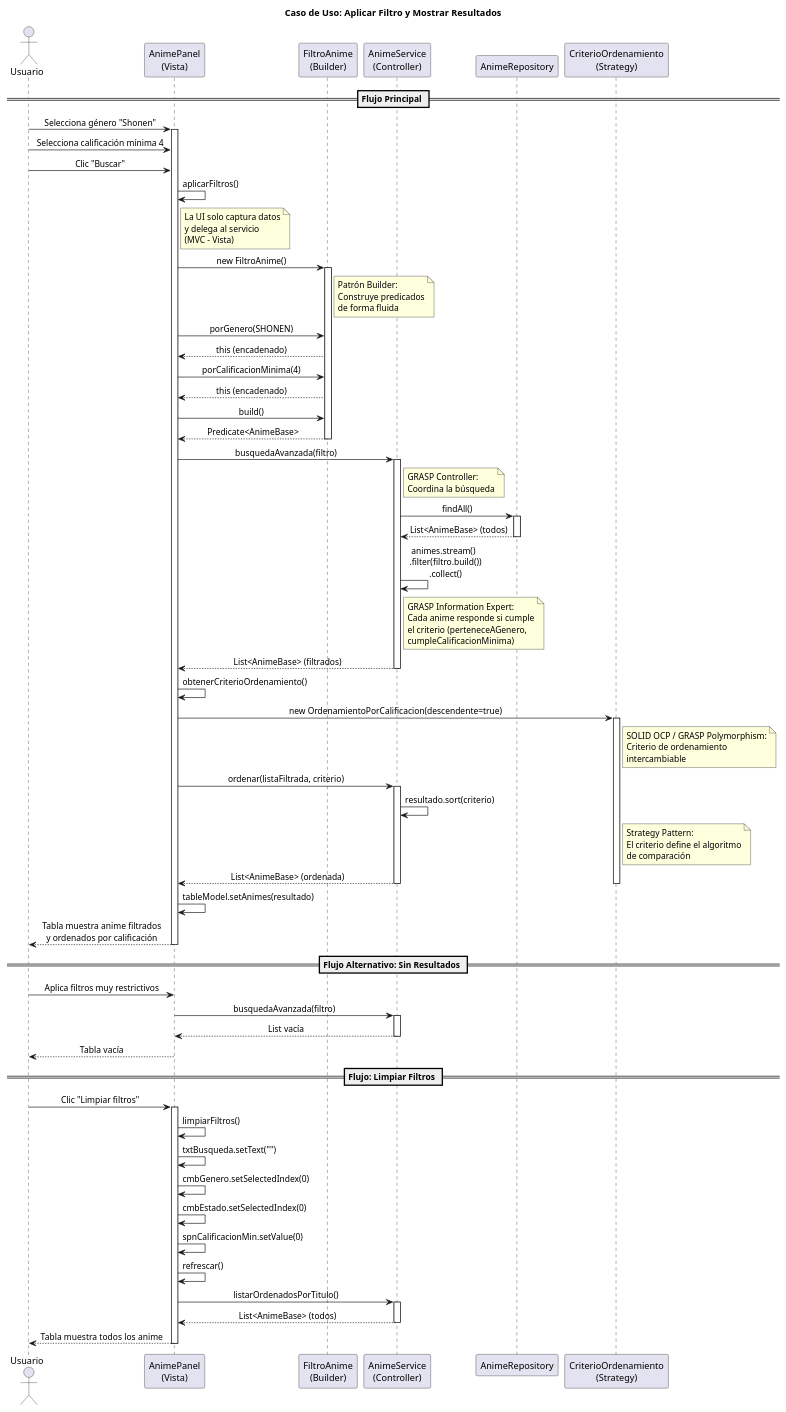
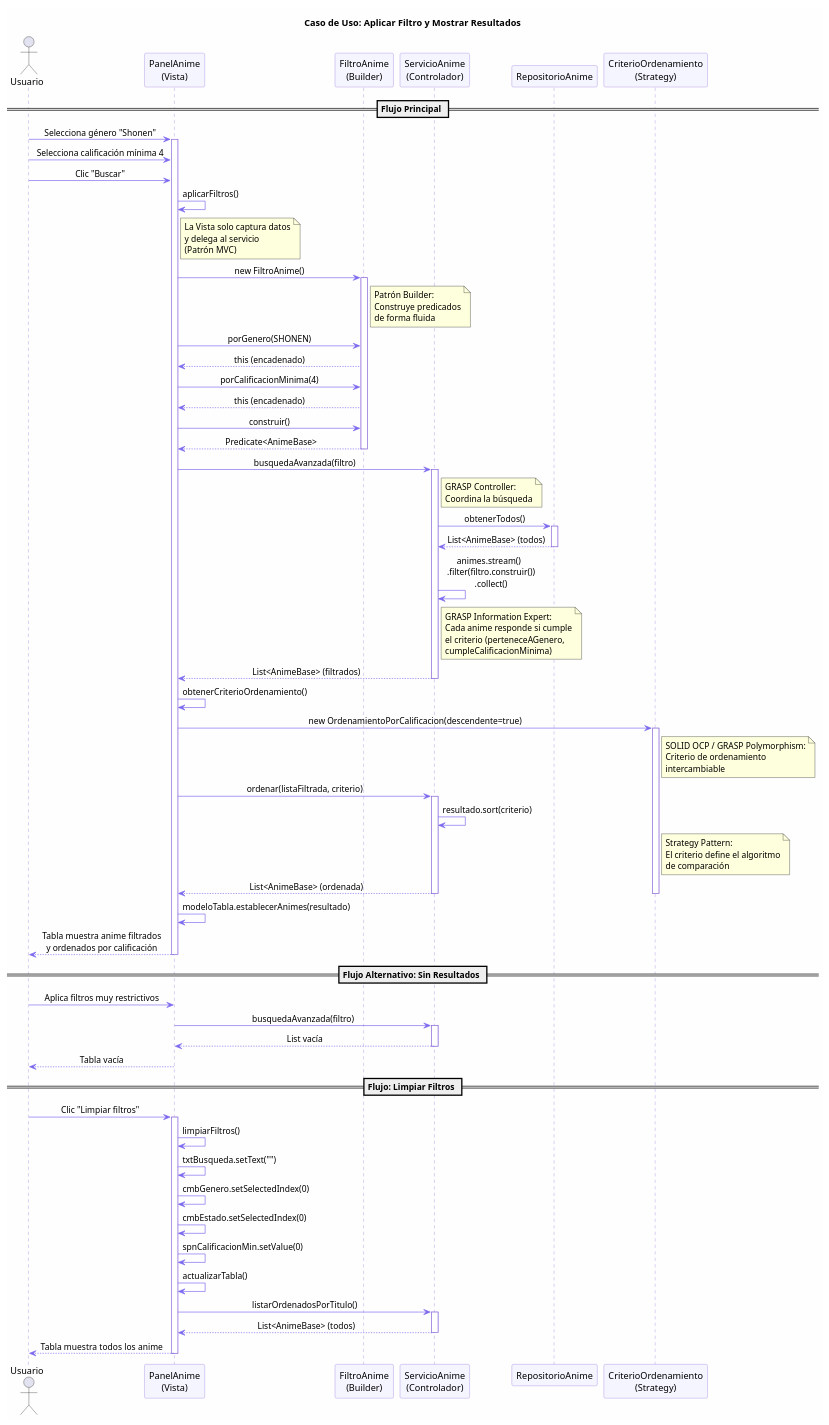
The second of 5 diagrams in docs/DIAGRAMAS_SECUENCIA.puml (tobiascriscuolo/clasificadorAnime), drawn with PlantUML before and after one commit. The commit also changed other lines of this file and 96 other files, not shown here.

First line of the commit message:
Refactoring completo a espaÃ±ol + iconos + selecciÃ³n mÃºltiple + diagramas UML

```diff
--- a/docs/DIAGRAMAS_SECUENCIA.puml
+++ b/docs/DIAGRAMAS_SECUENCIA.puml
@@ -132,135 +141,142 @@
 @startuml Aplicar_Filtro
 title Caso de Uso: Aplicar Filtro y Mostrar Resultados
 skinparam sequenceMessageAlign center
+skinparam backgroundColor #FEFEFE
+skinparam sequence {
+    ArrowColor #7B68EE
+    LifeLineBorderColor #9370DB
+    ParticipantBackgroundColor #F5F5FF
+    ParticipantBorderColor #9370DB
+}
 
 actor Usuario
-participant "AnimePanel\n(Vista)" as Panel
+participant "PanelAnime\n(Vista)" as Panel
 participant "FiltroAnime\n(Builder)" as Filtro
-participant "AnimeService\n(Controller)" as Service
-participant "AnimeRepository" as Repo
+participant "ServicioAnime\n(Controlador)" as Servicio
+participant "RepositorioAnime" as Repo
 participant "CriterioOrdenamiento\n(Strategy)" as Ordenamiento
 
 == Flujo Principal ==
 
 Usuario -> Panel: Selecciona género "Shonen"
 activate Panel
 
 Usuario -> Panel: Selecciona calificación mínima 4
 
 Usuario -> Panel: Clic "Buscar"
 
 Panel -> Panel: aplicarFiltros()
 
 note right of Panel
-  La UI solo captura datos
+  La Vista solo captura datos
   y delega al servicio
-  (MVC - Vista)
+  (Patrón MVC)
 end note
 
 Panel -> Filtro: new FiltroAnime()
 activate Filtro
 
 note right of Filtro
   Patrón Builder:
   Construye predicados
   de forma fluida
 end note
 
 Panel -> Filtro: porGenero(SHONEN)
 Filtro --> Panel: this (encadenado)
 
 Panel -> Filtro: porCalificacionMinima(4)
 Filtro --> Panel: this (encadenado)
 
-Panel -> Filtro: build()
+Panel -> Filtro: construir()
 Filtro --> Panel: Predicate<AnimeBase>
 deactivate Filtro
 
-Panel -> Service: busquedaAvanzada(filtro)
-activate Service
+Panel -> Servicio: busquedaAvanzada(filtro)
+activate Servicio
 
-note right of Service
+note right of Servicio
   GRASP Controller:
   Coordina la búsqueda
 end note
 
-Service -> Repo: findAll()
+Servicio -> Repo: obtenerTodos()
 activate Repo
-Repo --> Service: List<AnimeBase> (todos)
+Repo --> Servicio: List<AnimeBase> (todos)
 deactivate Repo
 
-Service -> Service: animes.stream()\n  .filter(filtro.build())\n  .collect()
+Servicio -> Servicio: animes.stream()\n  .filter(filtro.construir())\n  .collect()
 
-note right of Service
+note right of Servicio
   GRASP Information Expert:
   Cada anime responde si cumple
   el criterio (perteneceAGenero,
   cumpleCalificacionMinima)
 end note
 
-Service --> Panel: List<AnimeBase> (filtrados)
-deactivate Service
+Servicio --> Panel: List<AnimeBase> (filtrados)
+deactivate Servicio
 
 Panel -> Panel: obtenerCriterioOrdenamiento()
 
 Panel -> Ordenamiento: new OrdenamientoPorCalificacion(descendente=true)
 activate Ordenamiento
 
 note right of Ordenamiento
   SOLID OCP / GRASP Polymorphism:
   Criterio de ordenamiento
   intercambiable
 end note
 
-Panel -> Service: ordenar(listaFiltrada, criterio)
-activate Service
+Panel -> Servicio: ordenar(listaFiltrada, criterio)
+activate Servicio
 
-Service -> Service: resultado.sort(criterio)
+Servicio -> Servicio: resultado.sort(criterio)
 
 note right of Ordenamiento
   Strategy Pattern:
   El criterio define el algoritmo
   de comparación
 end note
 
-Service --> Panel: List<AnimeBase> (ordenada)
-deactivate Service
+Servicio --> Panel: List<AnimeBase> (ordenada)
+deactivate Servicio
 deactivate Ordenamiento
 
-Panel -> Panel: tableModel.setAnimes(resultado)
+Panel -> Panel: modeloTabla.establecerAnimes(resultado)
 
 Panel --> Usuario: Tabla muestra anime filtrados\ny ordenados por calificación
 
 deactivate Panel
 
 == Flujo Alternativo: Sin Resultados ==
 
 Usuario -> Panel: Aplica filtros muy restrictivos
-Panel -> Service: busquedaAvanzada(filtro)
-activate Service
-Service --> Panel: List vacía
-deactivate Service
+Panel -> Servicio: busquedaAvanzada(filtro)
+activate Servicio
+Servicio --> Panel: List vacía
+deactivate Servicio
 Panel --> Usuario: Tabla vacía
 
 == Flujo: Limpiar Filtros ==
 
 Usuario -> Panel: Clic "Limpiar filtros"
 activate Panel
 
 Panel -> Panel: limpiarFiltros()
 Panel -> Panel: txtBusqueda.setText("")
 Panel -> Panel: cmbGenero.setSelectedIndex(0)
 Panel -> Panel: cmbEstado.setSelectedIndex(0)
 Panel -> Panel: spnCalificacionMin.setValue(0)
 
-Panel -> Panel: refrescar()
-Panel -> Service: listarOrdenadosPorTitulo()
-activate Service
-Service --> Panel: List<AnimeBase> (todos)
-deactivate Service
+Panel -> Panel: actualizarTabla()
+Panel -> Servicio: listarOrdenadosPorTitulo()
+activate Servicio
+Servicio --> Panel: List<AnimeBase> (todos)
+deactivate Servicio
 
 Panel --> Usuario: Tabla muestra todos los anime
 
 deactivate Panel
 
 @enduml
```
